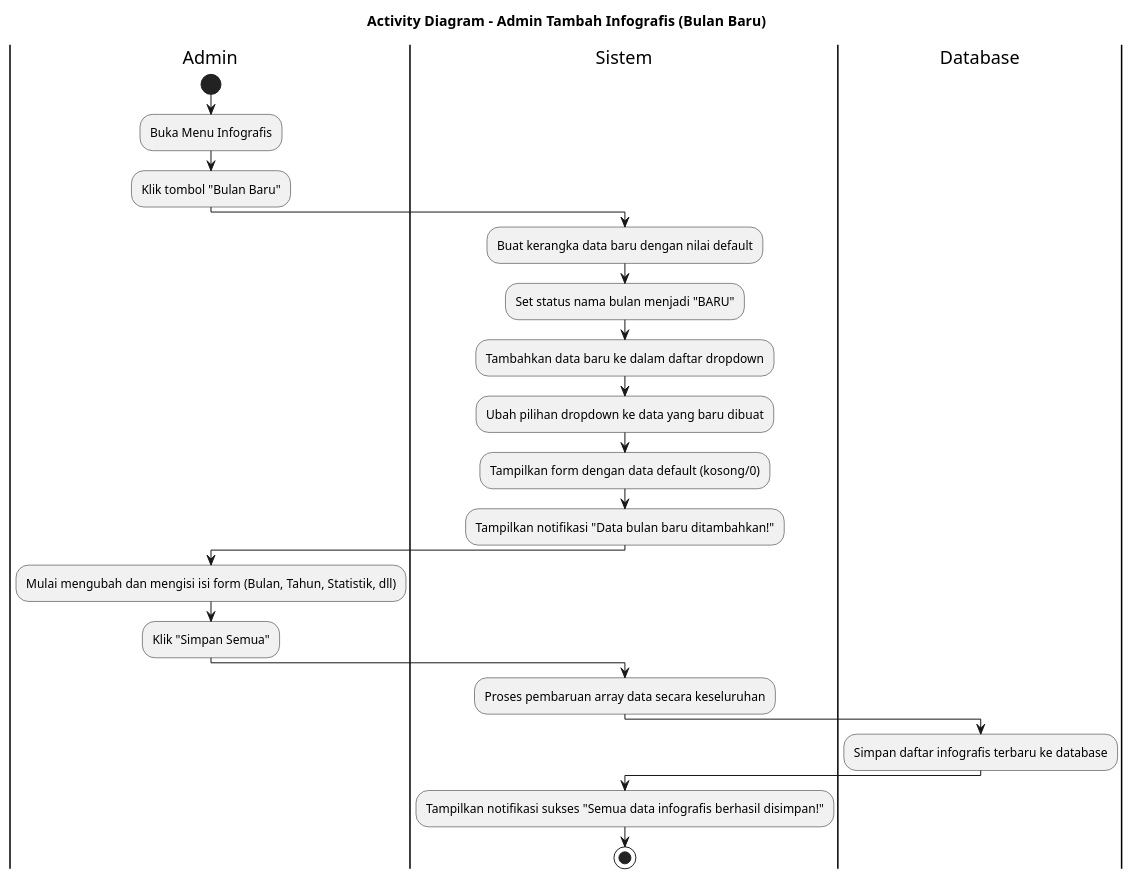
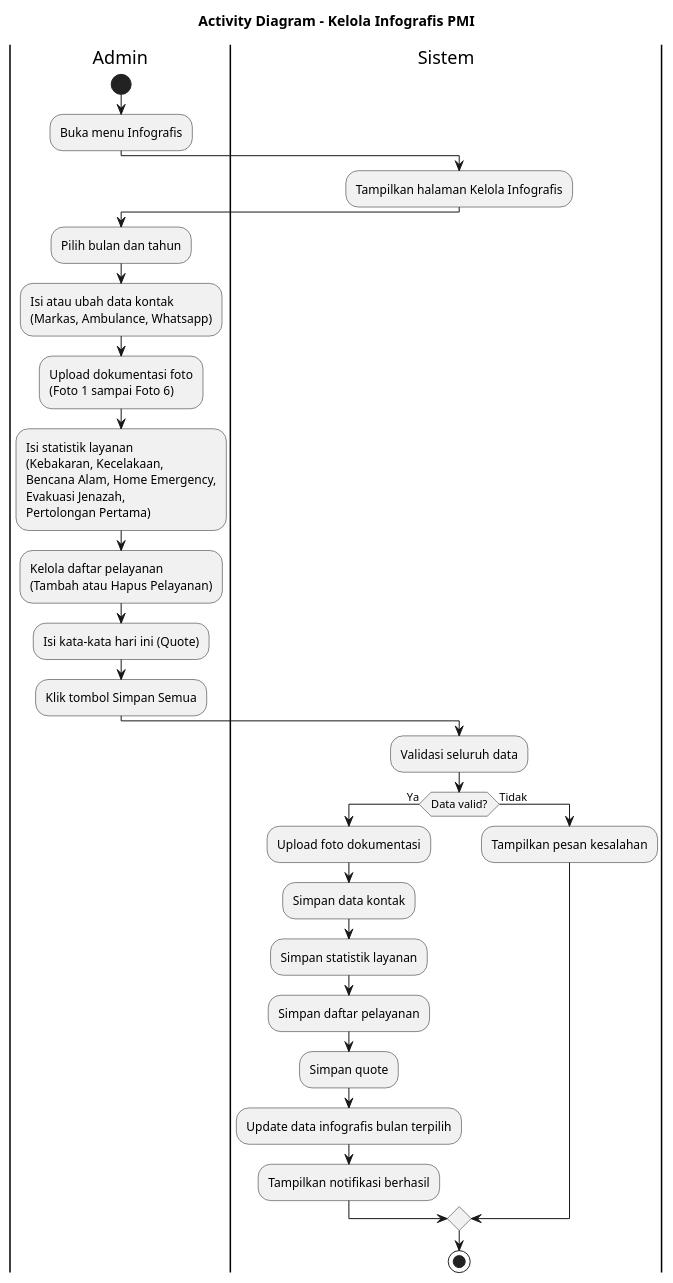
One commit to jaddu17/capstonepmikp changed the diagram in diagram/activitydiagram_admin_tambah_infografis.puml. Above: the diagram before and after it, drawn with PlantUML. The commit also changed 23 other files, not shown here.

Commit message:
revisi diagram

```diff
--- a/diagram/activitydiagram_admin_tambah_infografis.puml
+++ b/diagram/activitydiagram_admin_tambah_infografis.puml
@@ -1,30 +1,53 @@
-@startuml ACTIVITY_DIAGRAM_ADMIN_TAMBAH_INFOGRAFIS
-title Activity Diagram - Admin Tambah Infografis (Bulan Baru)
+@startuml ACTIVITY_DIAGRAM_ADMIN_KELOLA_INFOGRAFIS
+title Activity Diagram - Kelola Infografis PMI
 
 |Admin|
 start
-:Buka Menu Infografis;
-:Klik tombol "Bulan Baru";
+:Buka menu Infografis;
 
 |Sistem|
-:Buat kerangka data baru dengan nilai default;
-:Set status nama bulan menjadi "BARU";
-:Tambahkan data baru ke dalam daftar dropdown;
-:Ubah pilihan dropdown ke data yang baru dibuat;
-:Tampilkan form dengan data default (kosong/0);
-:Tampilkan notifikasi "Data bulan baru ditambahkan!";
+:Tampilkan halaman Kelola Infografis;
 
 |Admin|
-:Mulai mengubah dan mengisi isi form (Bulan, Tahun, Statistik, dll);
-:Klik "Simpan Semua";
+:Pilih bulan dan tahun;
+
+:Isi atau ubah data kontak
+(Markas, Ambulance, Whatsapp);
+
+:Upload dokumentasi foto
+(Foto 1 sampai Foto 6);
+
+:Isi statistik layanan
+(Kebakaran, Kecelakaan,
+Bencana Alam, Home Emergency,
+Evakuasi Jenazah,
+Pertolongan Pertama);
+
+:Kelola daftar pelayanan
+(Tambah atau Hapus Pelayanan);
+
+:Isi kata-kata hari ini (Quote);
+
+:Klik tombol Simpan Semua;
 
 |Sistem|
-:Proses pembaruan array data secara keseluruhan;
+:Validasi seluruh data;
 
-|Database|
-:Simpan daftar infografis terbaru ke database;
+if (Data valid?) then (Ya)
 
-|Sistem|
-:Tampilkan notifikasi sukses "Semua data infografis berhasil disimpan!";
+:Upload foto dokumentasi;
+:Simpan data kontak;
+:Simpan statistik layanan;
+:Simpan daftar pelayanan;
+:Simpan quote;
+:Update data infografis bulan terpilih;
+:Tampilkan notifikasi berhasil;
+
+else (Tidak)
+
+:Tampilkan pesan kesalahan;
+
+endif
+
 stop
 @enduml
```
